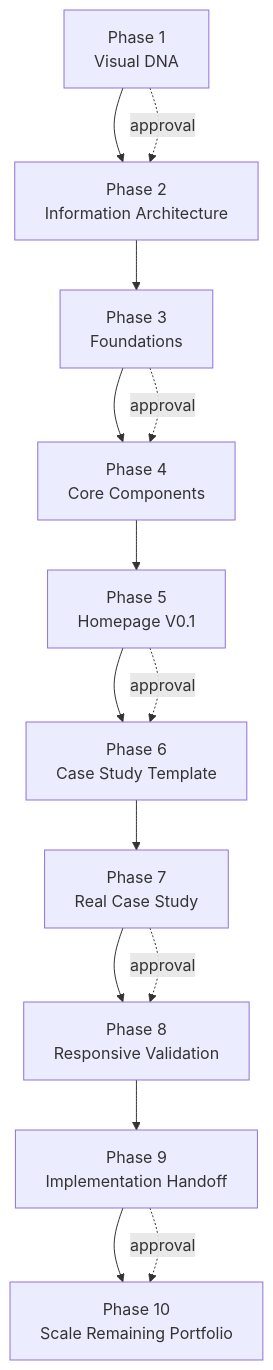
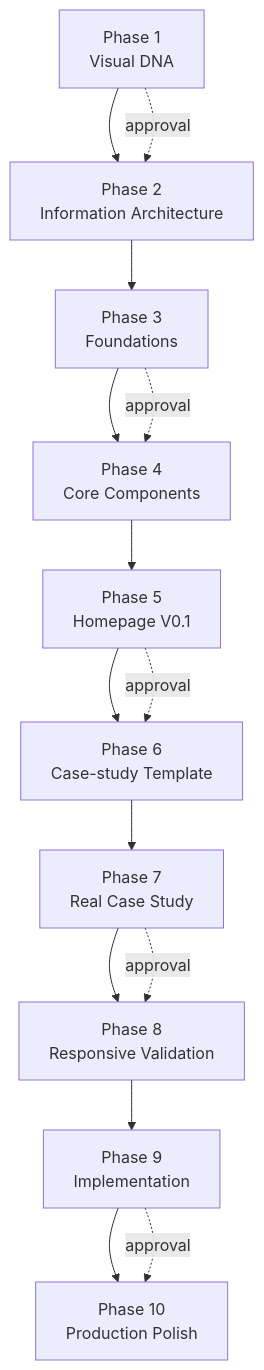
Before and after one commit to ellenWang918/portfolio-editorial-ai-workflow: the first of 2 diagrams in README.md, drawn with Mermaid. The commit also changed other lines of this file, not shown here.

Commit message:
Update project documentation for phase 10

````diff
--- a/README.md
+++ b/README.md
@@ -56,18 +143,18 @@
 ```mermaid
 flowchart TD
     P1[Phase 1<br/>Visual DNA] --> P2[Phase 2<br/>Information Architecture]
     P2 --> P3[Phase 3<br/>Foundations]
     P3 --> P4[Phase 4<br/>Core Components]
     P4 --> P5[Phase 5<br/>Homepage V0.1]
-    P5 --> P6[Phase 6<br/>Case Study Template]
+    P5 --> P6[Phase 6<br/>Case-study Template]
     P6 --> P7[Phase 7<br/>Real Case Study]
     P7 --> P8[Phase 8<br/>Responsive Validation]
-    P8 --> P9[Phase 9<br/>Implementation Handoff]
-    P9 --> P10[Phase 10<br/>Scale Remaining Portfolio]
+    P8 --> P9[Phase 9<br/>Implementation]
+    P9 --> P10[Phase 10<br/>Production Polish]
 
     P1 -. approval .-> P2
     P3 -. approval .-> P4
     P5 -. approval .-> P6
     P7 -. approval .-> P8
     P9 -. approval .-> P10
 ```
````
